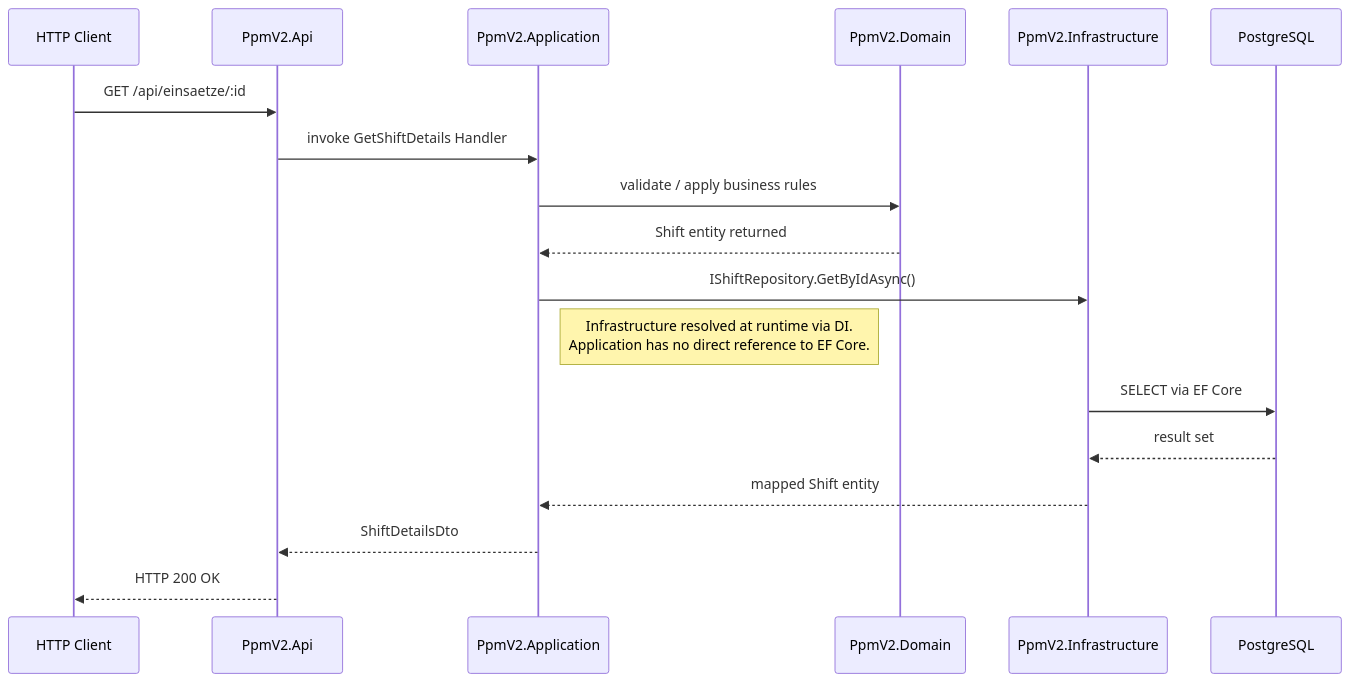
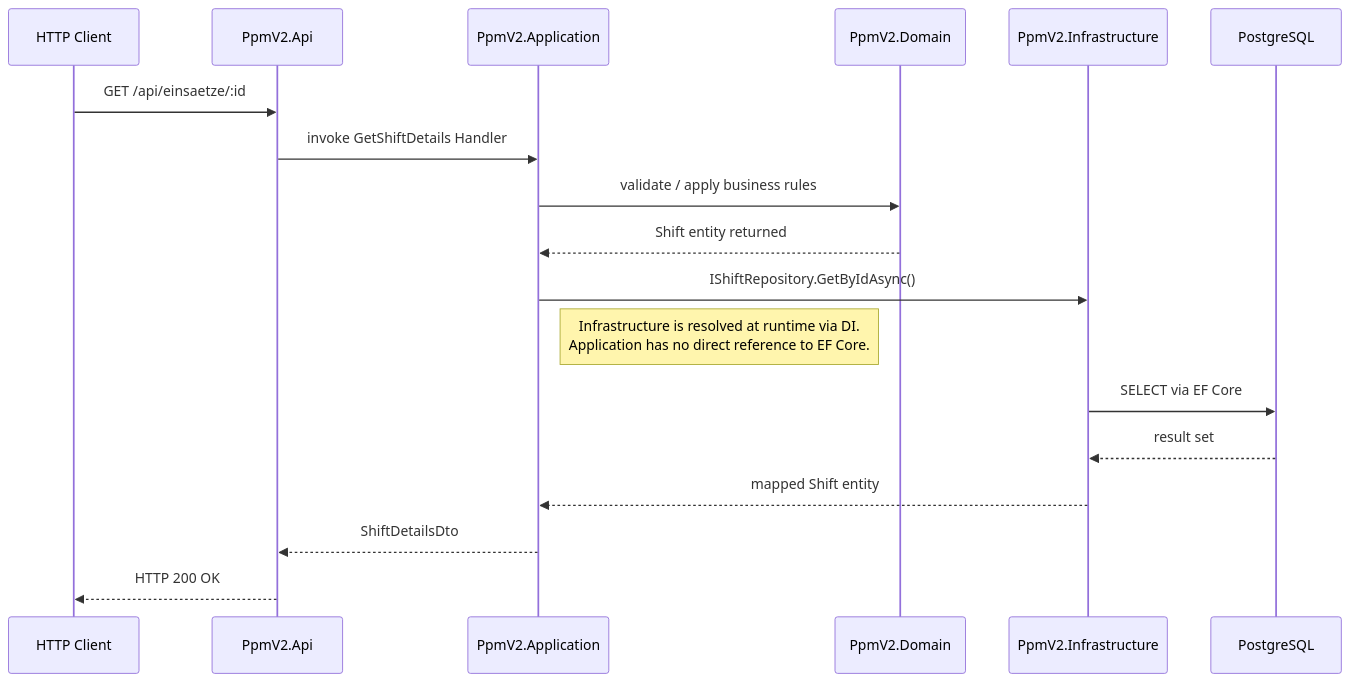
One commit to djzh23/PpmV2 changed the third of 3 diagrams in src/docs/architecture.md. Above: the diagram before and after it, drawn with Mermaid. The commit also changed other lines of this file, not shown here.

Commit message:
docs: simplify README, diagrams moved to architecture.md

````diff
--- a/src/docs/architecture.md
+++ b/src/docs/architecture.md
@@ -141,21 +147,21 @@
 ```mermaid
 sequenceDiagram
     participant C  as HTTP Client
     participant A  as PpmV2.Api
     participant AP as PpmV2.Application
     participant D  as PpmV2.Domain
     participant I  as PpmV2.Infrastructure
     participant DB as PostgreSQL
 
     C  ->> A  : GET /api/einsaetze/:id
     A  ->> AP : invoke GetShiftDetails Handler
     AP ->> D  : validate / apply business rules
     D  -->> AP: Shift entity returned
     AP ->> I  : IShiftRepository.GetByIdAsync()
-    Note right of AP: Infrastructure resolved at runtime via DI.<br/>Application has no direct reference to EF Core.
+    Note right of AP: Infrastructure is resolved at runtime via DI.<br/>Application has no direct reference to EF Core.
     I  ->> DB : SELECT via EF Core
     DB -->> I  : result set
     I  -->> AP : mapped Shift entity
     AP -->> A  : ShiftDetailsDto
     A  -->> C  : HTTP 200 OK
 ```
````
